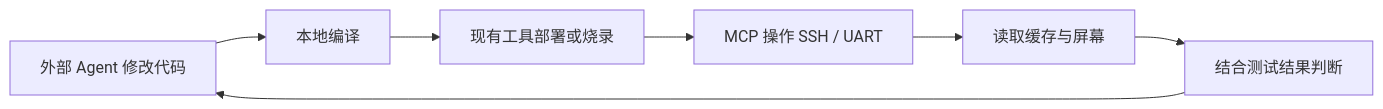
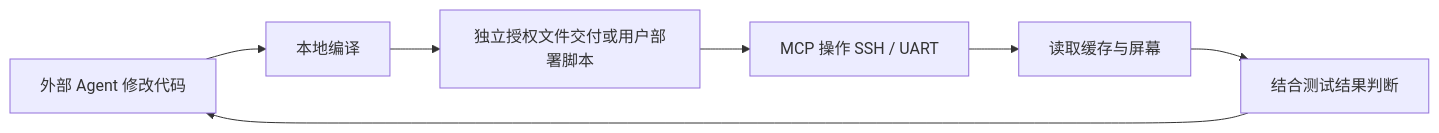
One commit to han-shao-jun/NovaTerm changed the diagram in docs/architecture/stages/P8_AI_MCP_Interface/05_Agent_Workflow.md. Above: the diagram before and after it, drawn with Mermaid. The commit also changed other lines of this file and 33 other files, not shown here.

````diff
--- a/docs/architecture/stages/P8_AI_MCP_Interface/05_Agent_Workflow.md
+++ b/docs/architecture/stages/P8_AI_MCP_Interface/05_Agent_Workflow.md
@@ -13,9 +11,9 @@
 ```mermaid
 flowchart LR
     A[外部 Agent 修改代码] --> B[本地编译]
-    B --> C[现有工具部署或烧录]
+    B --> C[独立授权文件交付或用户部署脚本]
     C --> D[MCP 操作 SSH / UART]
     D --> E[读取缓存与屏幕]
     E --> F[结合测试结果判断]
     F --> A
 ```
````
